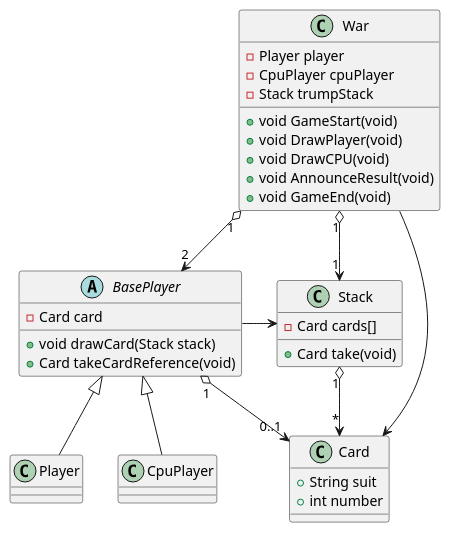
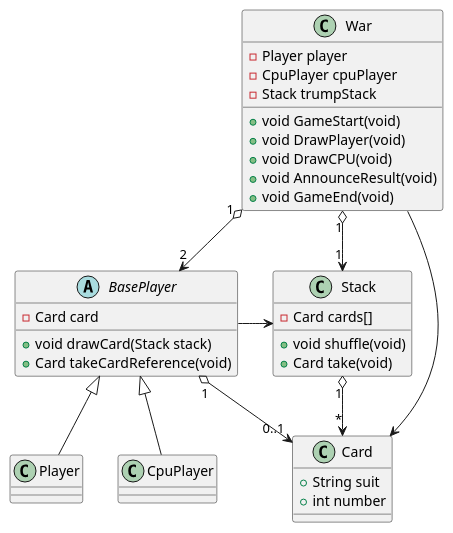
One commit to hachimitu22/study changed the seventh of 7 diagrams in uml/CardGame/doc/design.md. Above: the diagram before and after it, drawn with PlantUML. The commit also changed 3 other files, not shown here.

````diff
--- a/uml/CardGame/doc/design.md
+++ b/uml/CardGame/doc/design.md
@@ -290,43 +290,44 @@
 ```plantuml
 @startuml
 
 class War {
   - Player player
   - CpuPlayer cpuPlayer
   - Stack trumpStack
   + void GameStart(void)
   + void DrawPlayer(void)
   + void DrawCPU(void)
   + void AnnounceResult(void)
   + void GameEnd(void)
 }
 abstract BasePlayer {
   - Card card
   + void drawCard(Stack stack)
   + Card takeCardReference(void)
 }
 class Player
 class CpuPlayer
 class Stack {
   - Card cards[]
+  + void shuffle(void)
   + Card take(void)
 }
 class Card {
   + String suit
   + int number
 }
 
 War "1" o--> "1" Stack
 War "1" o--> "2" BasePlayer
 
 Player -up-|> BasePlayer
 CpuPlayer -up-|> BasePlayer
 
 Stack "1" o--> "*" Card
 BasePlayer "1" o--> "0..1" Card
 
 BasePlayer -> Stack
 War --> Card
 
 @enduml
 ```
````
